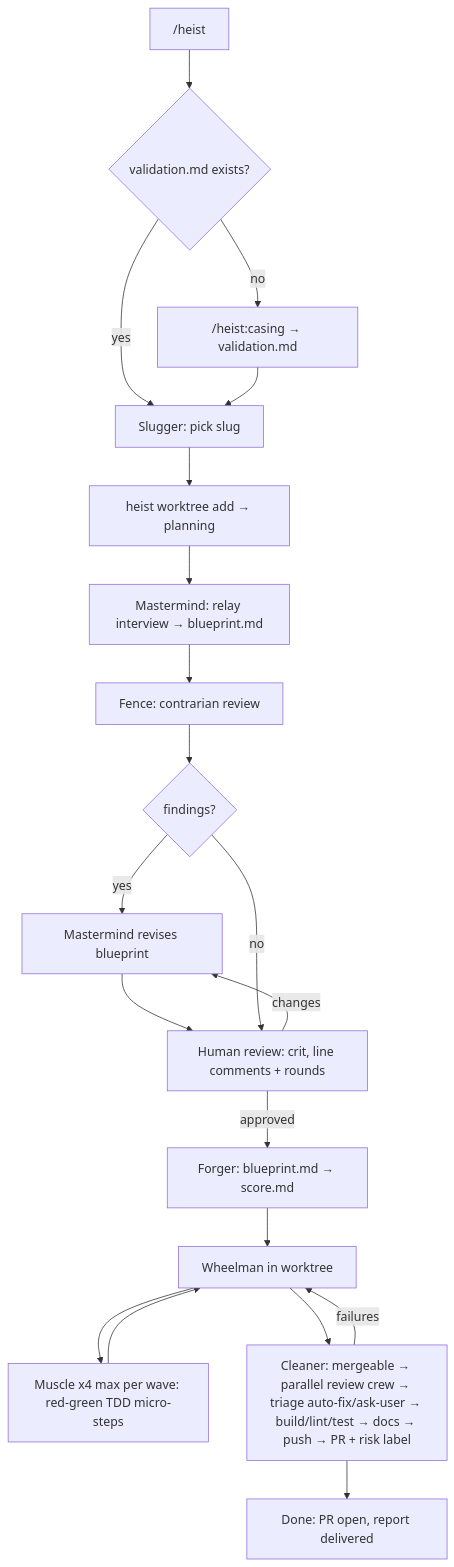
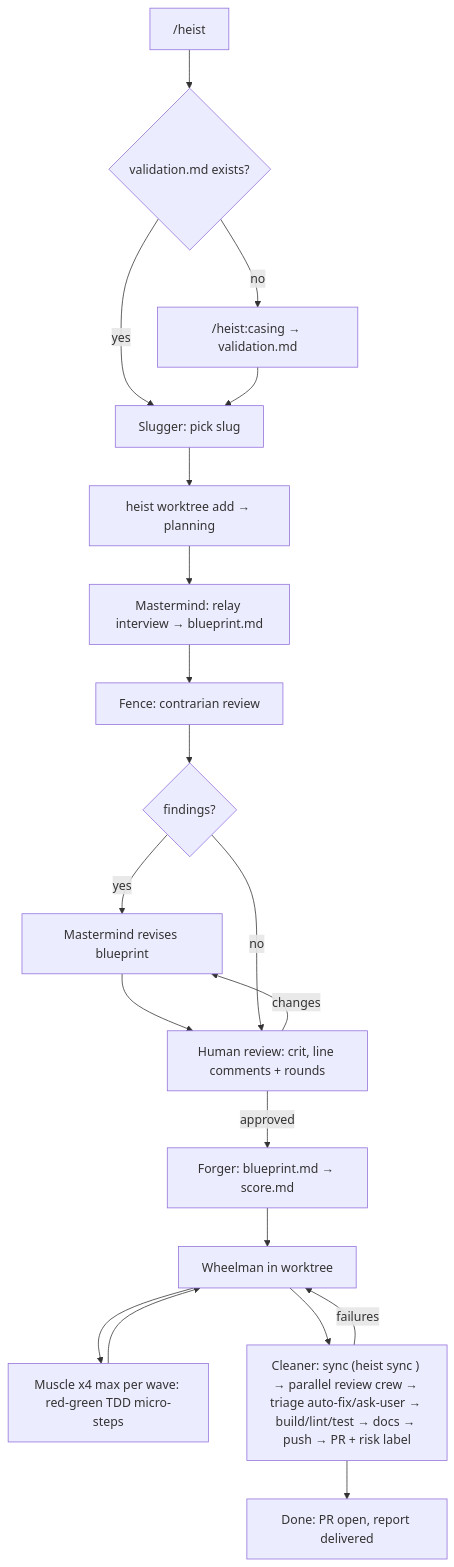
The diagram in README.md (GMadorell/heist), drawn with Mermaid before and after one commit. The commit also changed other lines of this file, not shown here.

Commit message:
document split-plans, heist base/sync, and stacked-base worktree add in README

````diff
--- a/README.md
+++ b/README.md
@@ -24,21 +24,21 @@
 ```mermaid
 flowchart TD
     A["/heist <slug>"] --> B{validation.md exists?}
     B -- no --> C["/heist:casing → validation.md"]
     B -- yes --> S[Slugger: pick slug]
     C --> S
     S --> I["heist worktree add → planning"]
     I --> D[Mastermind: relay interview → blueprint.md]
     D --> E[Fence: contrarian review]
     E --> F{findings?}
     F -- yes --> D2[Mastermind revises blueprint] --> G
     F -- no --> G[Human review: crit, line comments + rounds]
     G -- changes --> D2
     G -- approved --> H[Forger: blueprint.md → score.md]
     H --> J[Wheelman in worktree]
     J --> K[Muscle x4 max per wave: red-green TDD micro-steps]
     K --> J
-    J --> L[Cleaner: mergeable → parallel review crew → triage auto-fix/ask-user → build/lint/test → docs → push → PR + risk label]
+    J --> L["Cleaner: sync (heist sync <slug>) → parallel review crew → triage auto-fix/ask-user → build/lint/test → docs → push → PR + risk label"]
     L -- failures --> J
     L --> M[Done: PR open, report delivered]
 ```
````
